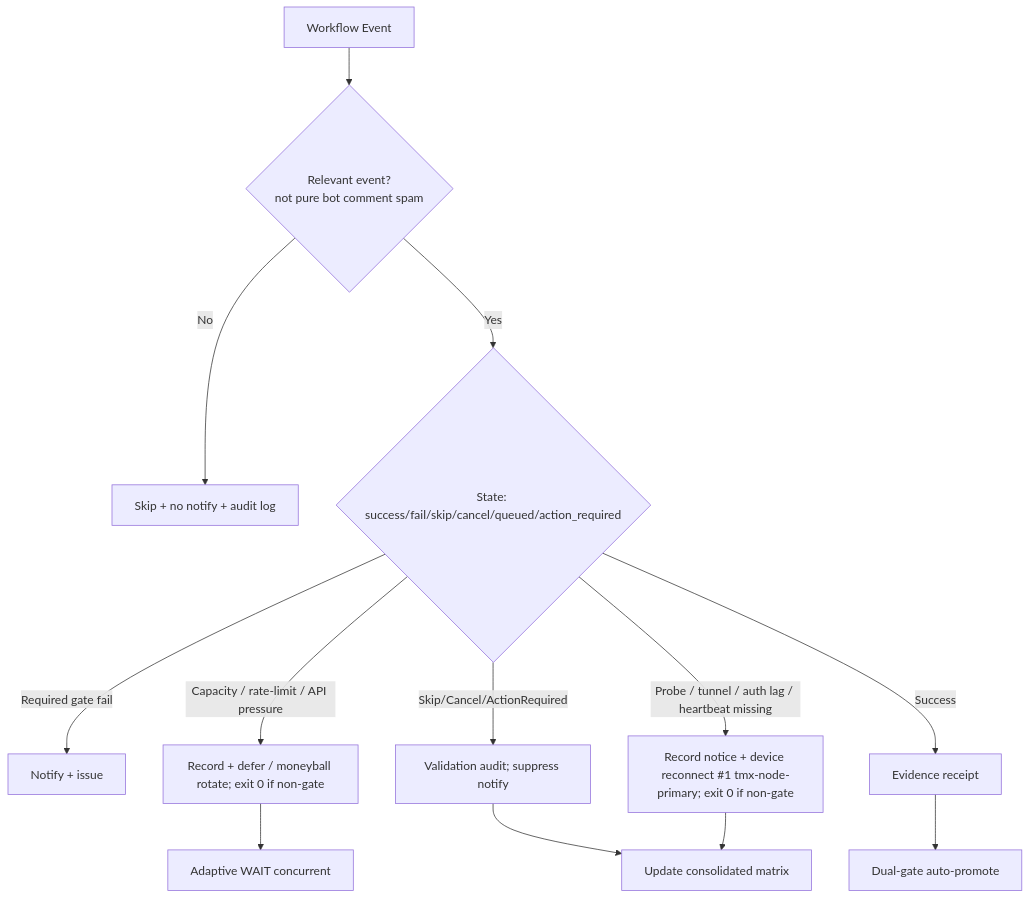
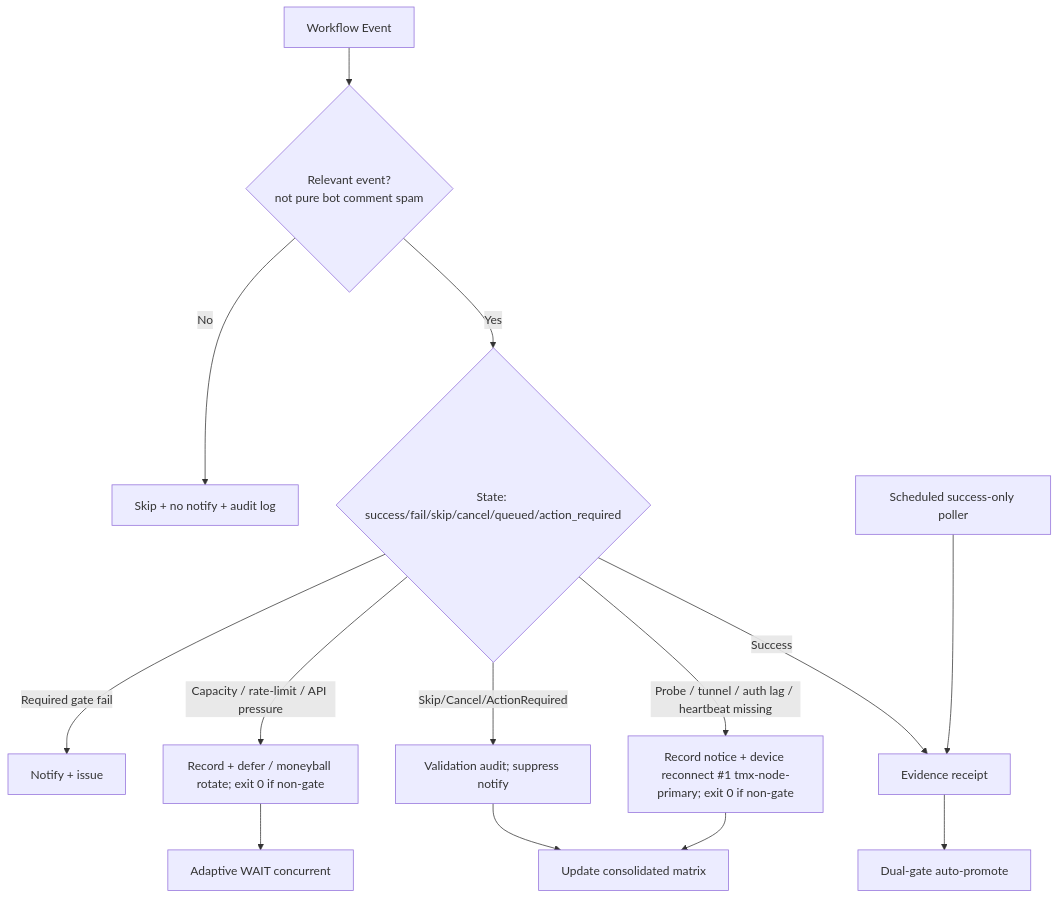
Before and after one commit to timerloggedout-spec/termux-monorepo: the diagram in docs/ops/ACTIONS-CONSOLIDATED-MATRIX-2026-10-21.md, drawn with Mermaid. The commit also changed other lines of this file, not shown here.

First line of the commit message:
ops(matrix): live refresh 2026-10-26T03:00Z — residual skip/cancel audit, poller expansion plan, Pinggy device#1 operational gap, cadence/cache/3L0 refined, zero dual-gate failures

````diff
--- a/docs/ops/ACTIONS-CONSOLIDATED-MATRIX-2026-10-21.md
+++ b/docs/ops/ACTIONS-CONSOLIDATED-MATRIX-2026-10-21.md
@@ -41,15 +39,16 @@
 ```mermaid
 flowchart TD
   Event[Workflow Event] --> Filter{Relevant event?<br/>not pure bot comment spam}
   Filter -->|No| Skip[Skip + no notify + audit log]
   Filter -->|Yes| Classify{State: success/fail/skip/cancel/queued/action_required}
   Classify -->|Required gate fail| Alert[Notify + issue]
   Classify -->|Capacity / rate-limit / API pressure| Quota[Record + defer / moneyball rotate; exit 0 if non-gate]
   Classify -->|Skip/Cancel/ActionRequired| Audit[Validation audit; suppress notify]
   Classify -->|Success| Record[Evidence receipt]
   Classify -->|Probe / tunnel / auth lag / heartbeat missing| Device[Record notice + device reconnect #1 tmx-node-primary; exit 0 if non-gate]
   Quota --> Wait[Adaptive WAIT concurrent]
   Audit --> Matrix[Update consolidated matrix]
   Record --> Promote[Dual-gate auto-promote]
   Device --> Matrix
+  Poller[Scheduled success-only poller] --> Record
 ```
````
